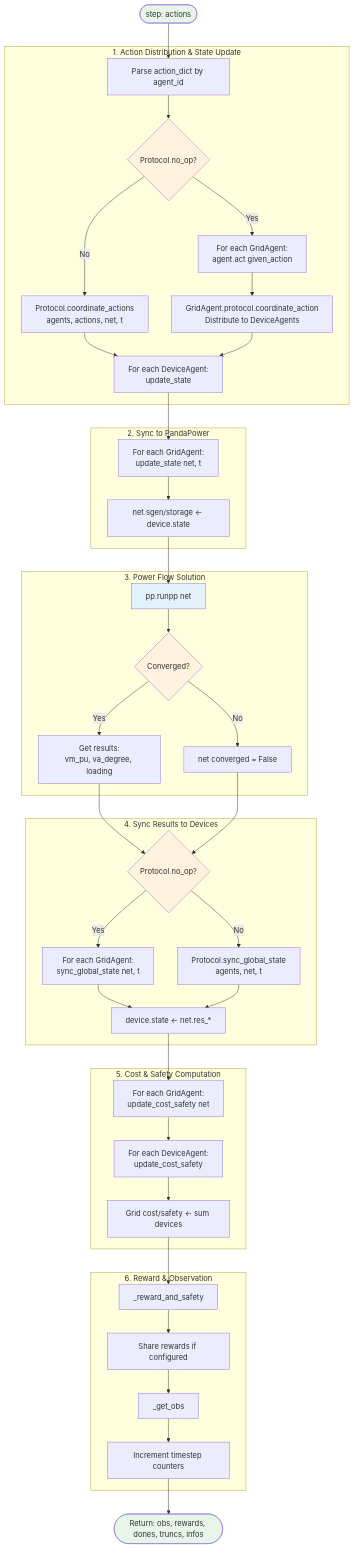
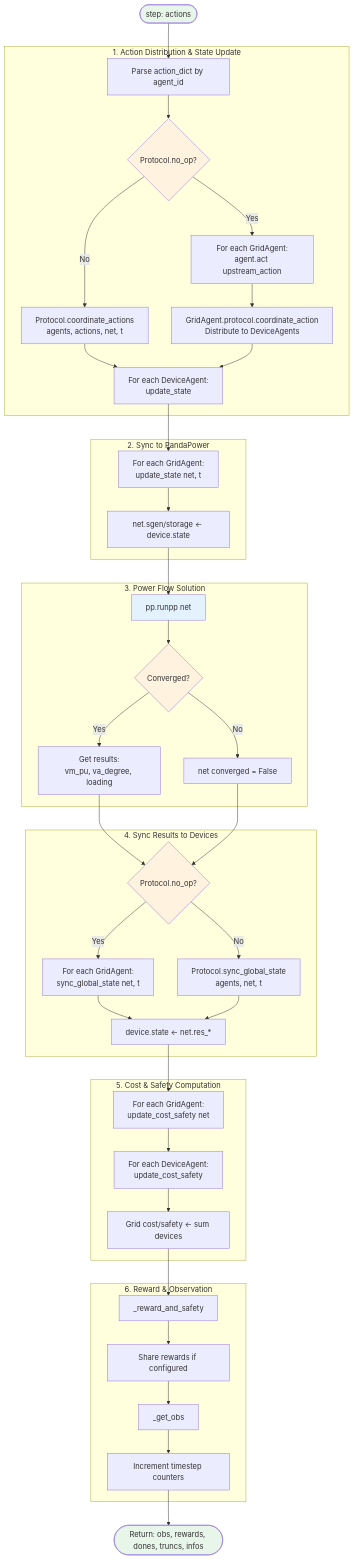
Before and after one commit to Criss-Wang/PowerGym: the fourth of 7 diagrams in docs/design/architecture_diagrams.md, drawn with Mermaid. The commit also changed other lines of this file and 25 other files, not shown here.

```diff
--- a/docs/design/architecture_diagrams.md
+++ b/docs/design/architecture_diagrams.md
@@ -395,7 +395,7 @@
     subgraph "1. Action Distribution & State Update"
         A1[Parse action_dict by agent_id]
         A2{Protocol.no_op?}
-        A3[For each GridAgent:<br/>agent.act given_action]
+        A3[For each GridAgent:<br/>agent.act upstream_action]
         A4[Protocol.coordinate_actions<br/>agents, actions, net, t]
         A5[GridAgent.protocol.coordinate_action<br/>Distribute to DeviceAgents]
         A6[For each DeviceAgent:<br/>update_state]
```
